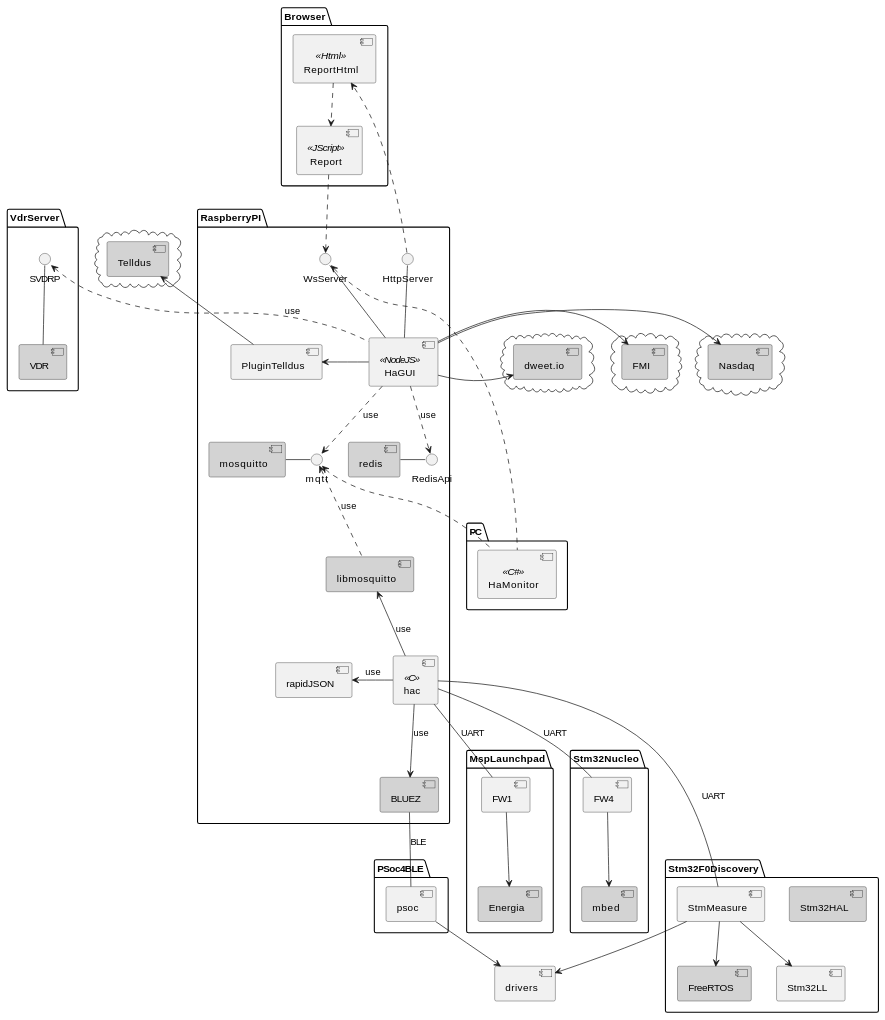
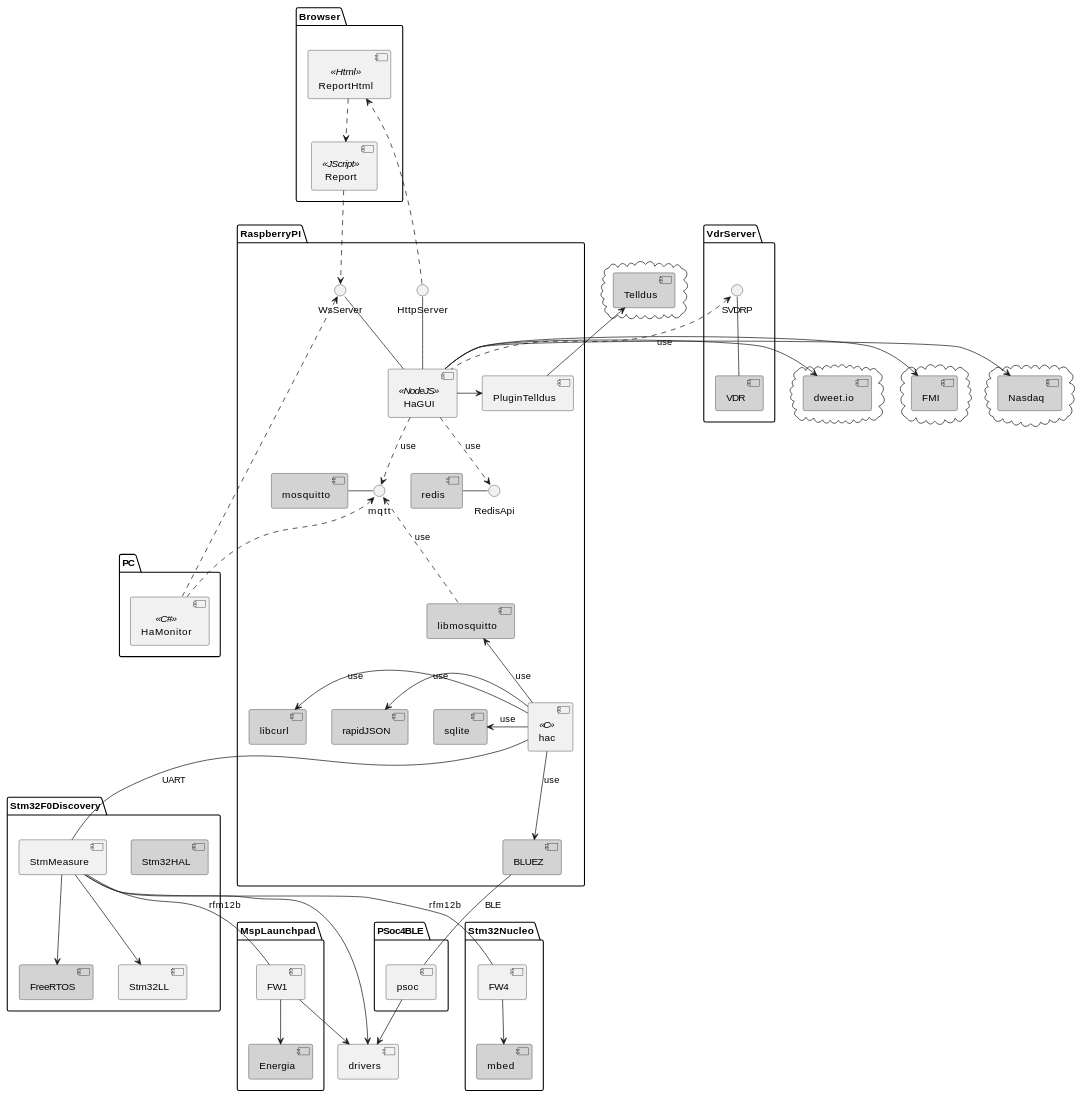
The first of 3 diagrams in github.org (ojari/ojari.github.io), drawn with PlantUML before and after one commit. The commit also changed 1 other file, not shown here.

Commit message:
update package diagram

```diff
--- a/github.org
+++ b/github.org
@@ -47,6 +47,9 @@
    component [libmosquitto] #LightGrey
    component [mosquitto] #LightGrey
    component [redis] #LightGrey
+   component [sqlite] #LightGrey
+   component [libcurl] #LightGrey
+   component [rapidJSON] #LightGrey
    component [PluginTelldus]
 
    [Report] .down.> WsServer
@@ -62,6 +65,8 @@
    [hac] -up-> [libmosquitto] : use
    [hac] -down-> [BLUEZ] : use
    [hac] -left-> [rapidJSON] : use
+   [hac] -left-> [libcurl] : use
+   [hac] -left-> [sqlite] : use
 }
 
 package VdrServer {
@@ -70,13 +75,17 @@
    SVDRP -down- [VDR]
 }
 
+[drivers]
+
 package MspLaunchpad {
    component [Energia] #LightGrey
    [FW1]
+   [drivers]
    [FW1] -down-> [Energia]
+   [FW1] -down-> [drivers]
 }
 
-[drivers]
+
 
 package Stm32F0Discovery {
    component [FreeRTOS] #LightGrey
@@ -120,10 +129,12 @@
 [HaGUI] -> [FMI]
 [HaGUI] -> [Nasdaq]
 [HaGUI] -> [PluginTelldus]
-[hac] -- [FW1] : UART
 [hac] -- [StmMeasure] : UART
 [BLUEZ] -- [psoc] : BLE
-[hac] -- [FW4] : UART
+
+[StmMeasure] -- [FW1] : rfm12b
+[StmMeasure] -- [FW4] : rfm12b
+
 
 [PluginTelldus] -up-> [Telldus]
 [HaMonitor] .up.> WsServer
```
